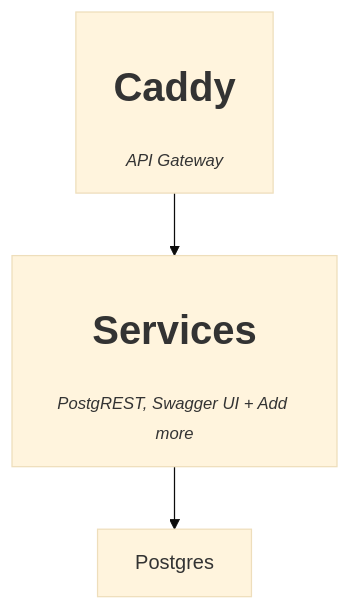
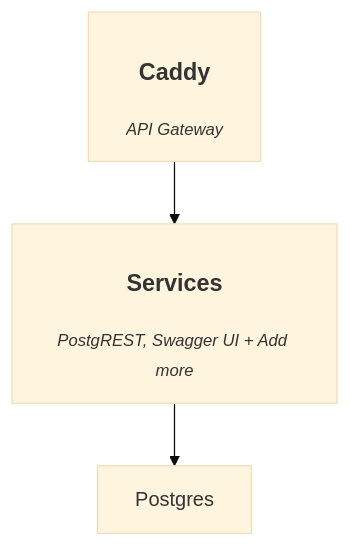
One commit to explodinglabs/superstack changed the diagram in README.md. Above: the diagram before and after it, drawn with Mermaid (base theme).

Commit message:
Adjust architecture

````diff
--- a/README.md
+++ b/README.md
@@ -14,6 +14,6 @@
 ```mermaid
 flowchart TD
-    Caddy["<h1>Caddy</h1><small><i>API Gateway</i></small>"]
-    Caddy --> Middleware["<h1>Services</h1><small><i>PostgREST, Swagger UI + Add more</i></small>"]
+    Caddy["<h3>Caddy</h3><small><i>API Gateway</i></small>"]
+    Caddy --> Middleware["<h3>Services</h3><small><i>PostgREST, Swagger UI + Add more</i></small>"]
     Middleware --> Postgres
 ```
````
